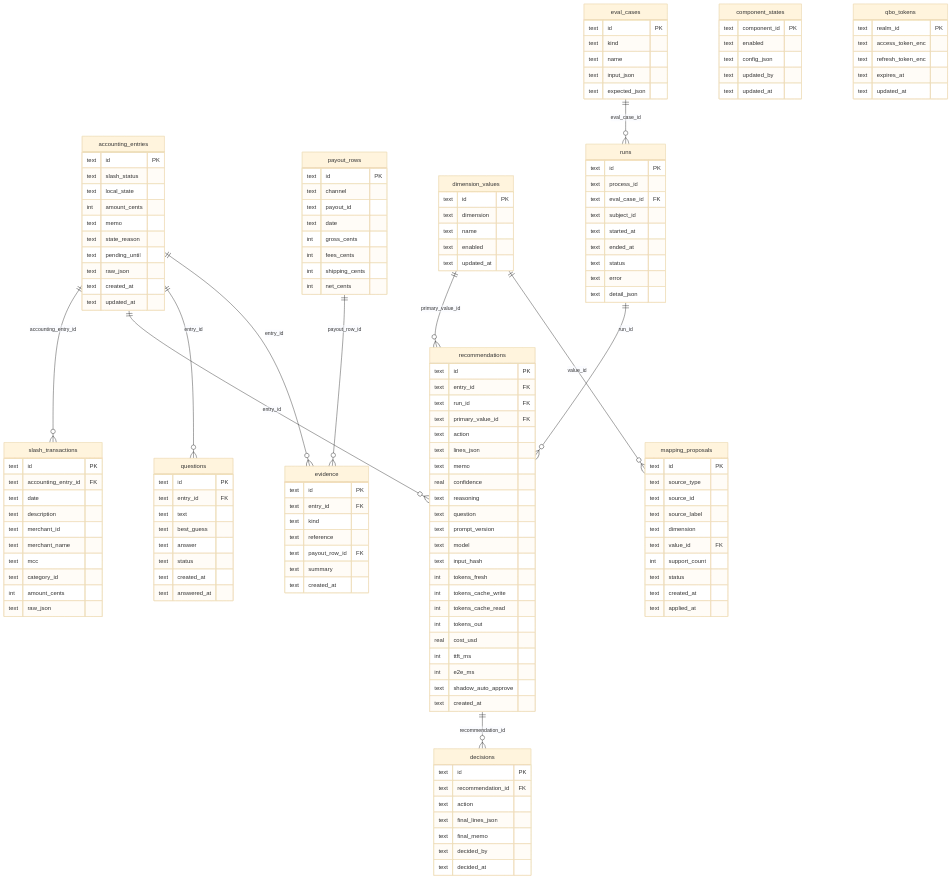
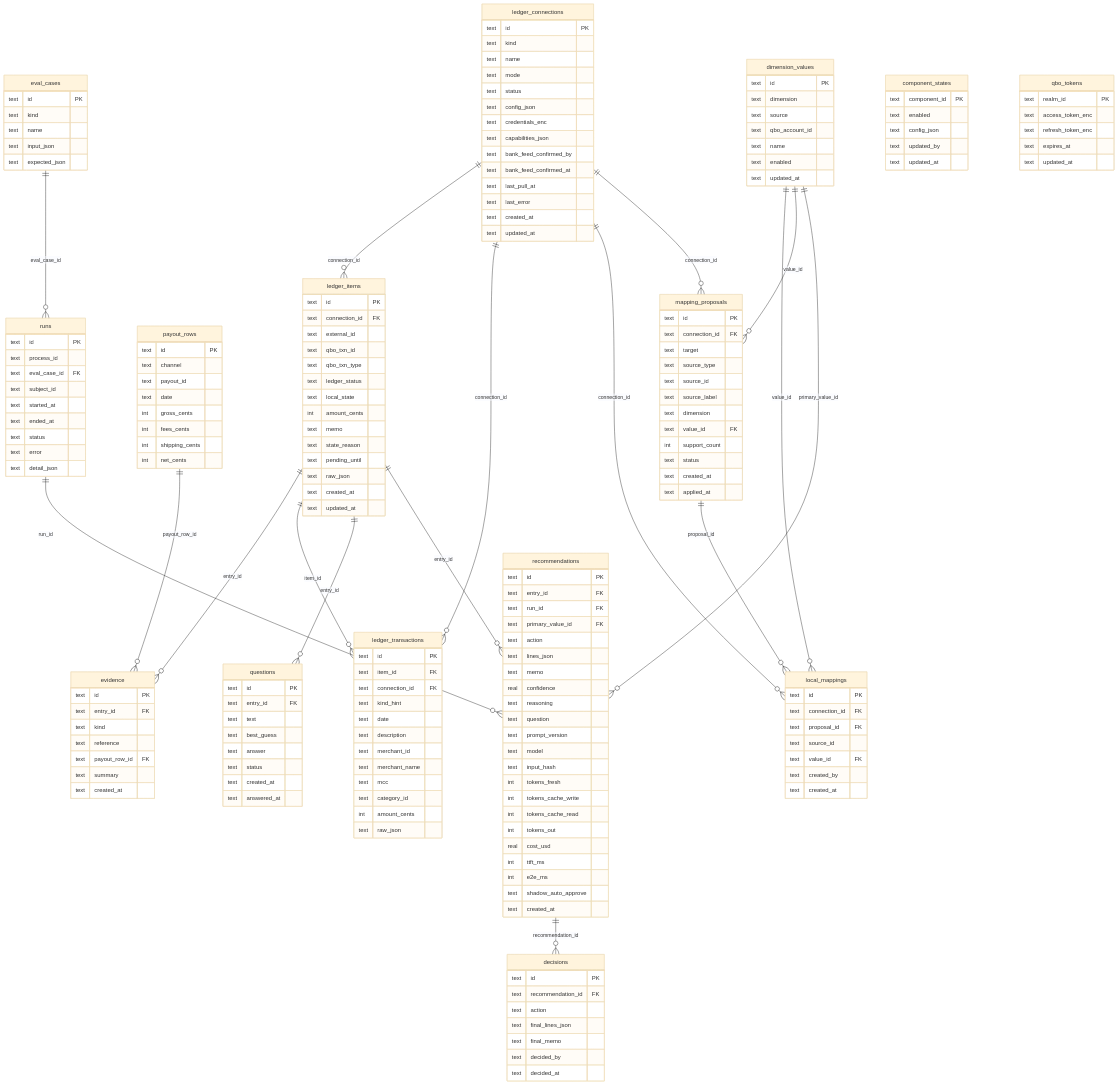
The third of 12 diagrams in ARCHITECTURE.md (MAKaminski/svelte-accounting-agent), drawn with Mermaid (base theme) before and after one commit. The commit also changed other lines of this file and 67 other files, not shown here.

First line of the commit message:
M7: ledger adapters (Slash + Mercury), capability-driven write path, QuickBooks direct writer (2026-11-20)

````diff
--- a/ARCHITECTURE.md
+++ b/ARCHITECTURE.md
@@ -187,27 +203,21 @@
 ```mermaid
 erDiagram
   recommendations ||--o{ decisions : recommendation_id
-  accounting_entries ||--o{ evidence : entry_id
+  ledger_items ||--o{ evidence : entry_id
   payout_rows ||--o{ evidence : payout_row_id
+  ledger_connections ||--o{ ledger_items : connection_id
+  ledger_items ||--o{ ledger_transactions : item_id
+  ledger_connections ||--o{ ledger_transactions : connection_id
+  ledger_connections ||--o{ local_mappings : connection_id
+  mapping_proposals ||--o{ local_mappings : proposal_id
+  dimension_values ||--o{ local_mappings : value_id
+  ledger_connections ||--o{ mapping_proposals : connection_id
   dimension_values ||--o{ mapping_proposals : value_id
-  accounting_entries ||--o{ questions : entry_id
-  accounting_entries ||--o{ recommendations : entry_id
+  ledger_items ||--o{ questions : entry_id
+  ledger_items ||--o{ recommendations : entry_id
   runs ||--o{ recommendations : run_id
   dimension_values ||--o{ recommendations : primary_value_id
   eval_cases ||--o{ runs : eval_case_id
-  accounting_entries ||--o{ slash_transactions : accounting_entry_id
-  accounting_entries {
-    text id PK
-    text slash_status
-    text local_state
-    int amount_cents
-    text memo
-    text state_reason
-    text pending_until
-    text raw_json
-    text created_at
-    text updated_at
-  }
   component_states {
     text component_id PK
     text enabled
@@ -227,6 +237,8 @@
   dimension_values {
     text id PK
     text dimension
+    text source
+    text qbo_account_id
     text name
     text enabled
     text updated_at
@@ -247,8 +259,65 @@
     text summary
     text created_at
   }
+  ledger_connections {
+    text id PK
+    text kind
+    text name
+    text mode
+    text status
+    text config_json
+    text credentials_enc
+    text capabilities_json
+    text bank_feed_confirmed_by
+    text bank_feed_confirmed_at
+    text last_pull_at
+    text last_error
+    text created_at
+    text updated_at
+  }
+  ledger_items {
+    text id PK
+    text connection_id FK
+    text external_id
+    text qbo_txn_id
+    text qbo_txn_type
+    text ledger_status
+    text local_state
+    int amount_cents
+    text memo
+    text state_reason
+    text pending_until
+    text raw_json
+    text created_at
+    text updated_at
+  }
+  ledger_transactions {
+    text id PK
+    text item_id FK
+    text connection_id FK
+    text kind_hint
+    text date
+    text description
+    text merchant_id
+    text merchant_name
+    text mcc
+    text category_id
+    int amount_cents
+    text raw_json
+  }
+  local_mappings {
+    text id PK
+    text connection_id FK
+    text proposal_id FK
+    text source_id
+    text value_id FK
+    text created_by
+    text created_at
+  }
   mapping_proposals {
     text id PK
+    text connection_id FK
+    text target
     text source_type
     text source_id
     text source_label
@@ -321,16 +390,4 @@
     text error
     text detail_json
   }
-  slash_transactions {
-    text id PK
-    text accounting_entry_id FK
-    text date
-    text description
-    text merchant_id
-    text merchant_name
-    text mcc
-    text category_id
-    int amount_cents
-    text raw_json
-  }
 ```
````
